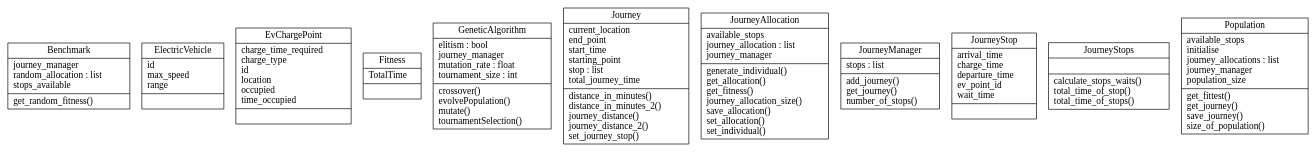
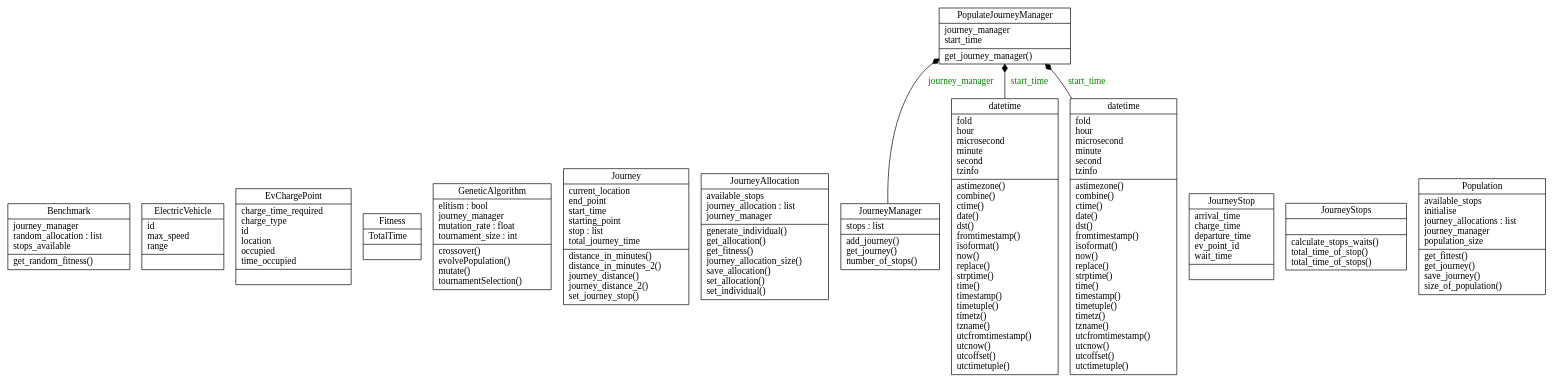
One commit to marktoregan/WAGA changed the diagram in classes.dot. Above: the diagram before and after it, drawn with Graphviz. The commit also changed 15 other files, not shown here.

```diff
--- a/classes.dot
+++ b/classes.dot
@@ -1,15 +1,21 @@
 digraph "classes" {
 charset="utf-8"
 rankdir=BT
 "0" [label="{Benchmark|journey_manager\lrandom_allocation : list\lstops_available\l|get_random_fitness()\l}", shape="record"];
 "1" [label="{ElectricVehicle|id\lmax_speed\lrange\l|}", shape="record"];
 "2" [label="{EvChargePoint|charge_time_required\lcharge_type\lid\llocation\loccupied\ltime_occupied\l|}", shape="record"];
 "3" [label="{Fitness|TotalTime\l|}", shape="record"];
 "4" [label="{GeneticAlgorithm|elitism : bool\ljourney_manager\lmutation_rate : float\ltournament_size : int\l|crossover()\levolvePopulation()\lmutate()\ltournamentSelection()\l}", shape="record"];
 "5" [label="{Journey|current_location\lend_point\lstart_time\lstarting_point\lstop : list\ltotal_journey_time\l|distance_in_minutes()\ldistance_in_minutes_2()\ljourney_distance()\ljourney_distance_2()\lset_journey_stop()\l}", shape="record"];
 "6" [label="{JourneyAllocation|available_stops\ljourney_allocation : list\ljourney_manager\l|generate_individual()\lget_allocation()\lget_fitness()\ljourney_allocation_size()\lsave_allocation()\lset_allocation()\lset_individual()\l}", shape="record"];
 "7" [label="{JourneyManager|stops : list\l|add_journey()\lget_journey()\lnumber_of_stops()\l}", shape="record"];
 "8" [label="{JourneyStop|arrival_time\lcharge_time\ldeparture_time\lev_point_id\lwait_time\l|}", shape="record"];
 "9" [label="{JourneyStops|\l|calculate_stops_waits()\ltotal_time_of_stop()\ltotal_time_of_stops()\l}", shape="record"];
-"10" [label="{Population|available_stops\linitialise\ljourney_allocations : list\ljourney_manager\lpopulation_size\l|get_fittest()\lget_journey()\lsave_journey()\lsize_of_population()\l}", shape="record"];
+"10" [label="{PopulateJourneyManager|journey_manager\lstart_time\l|get_journey_manager()\l}", shape="record"];
+"11" [label="{Population|available_stops\linitialise\ljourney_allocations : list\ljourney_manager\lpopulation_size\l|get_fittest()\lget_journey()\lsave_journey()\lsize_of_population()\l}", shape="record"];
+"12" [label="{datetime|fold\lhour\lmicrosecond\lminute\lsecond\ltzinfo\l|astimezone()\lcombine()\lctime()\ldate()\ldst()\lfromtimestamp()\lisoformat()\lnow()\lreplace()\lstrptime()\ltime()\ltimestamp()\ltimetuple()\ltimetz()\ltzname()\lutcfromtimestamp()\lutcnow()\lutcoffset()\lutctimetuple()\l}", shape="record"];
+"13" [label="{datetime|fold\lhour\lmicrosecond\lminute\lsecond\ltzinfo\l|astimezone()\lcombine()\lctime()\ldate()\ldst()\lfromtimestamp()\lisoformat()\lnow()\lreplace()\lstrptime()\ltime()\ltimestamp()\ltimetuple()\ltimetz()\ltzname()\lutcfromtimestamp()\lutcnow()\lutcoffset()\lutctimetuple()\l}", shape="record"];
+"7" -> "10" [arrowhead="diamond", arrowtail="none", fontcolor="green", label="journey_manager", style="solid"];
+"12" -> "10" [arrowhead="diamond", arrowtail="none", fontcolor="green", label="start_time", style="solid"];
+"13" -> "10" [arrowhead="diamond", arrowtail="none", fontcolor="green", label="start_time", style="solid"];
 }
```
